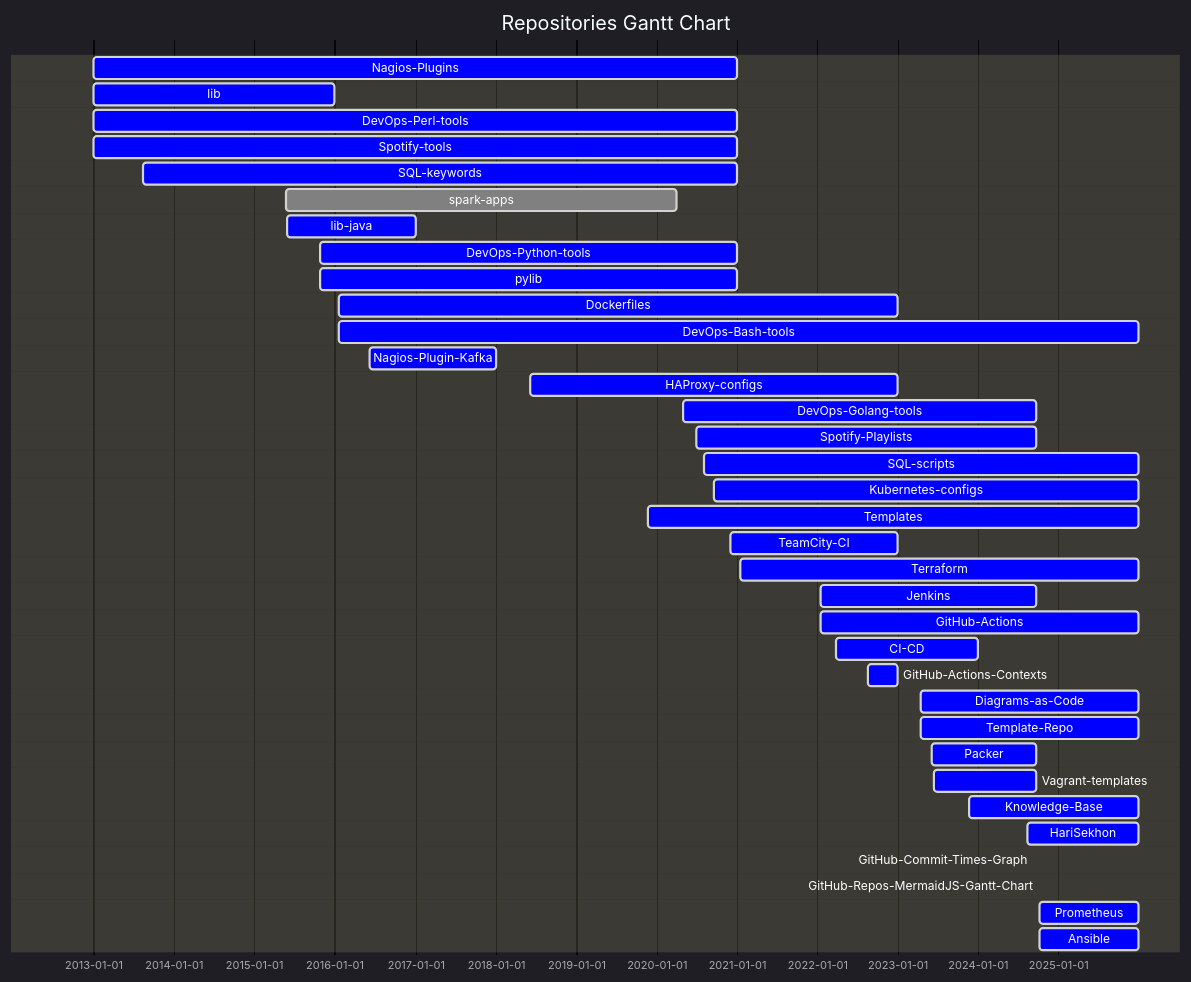
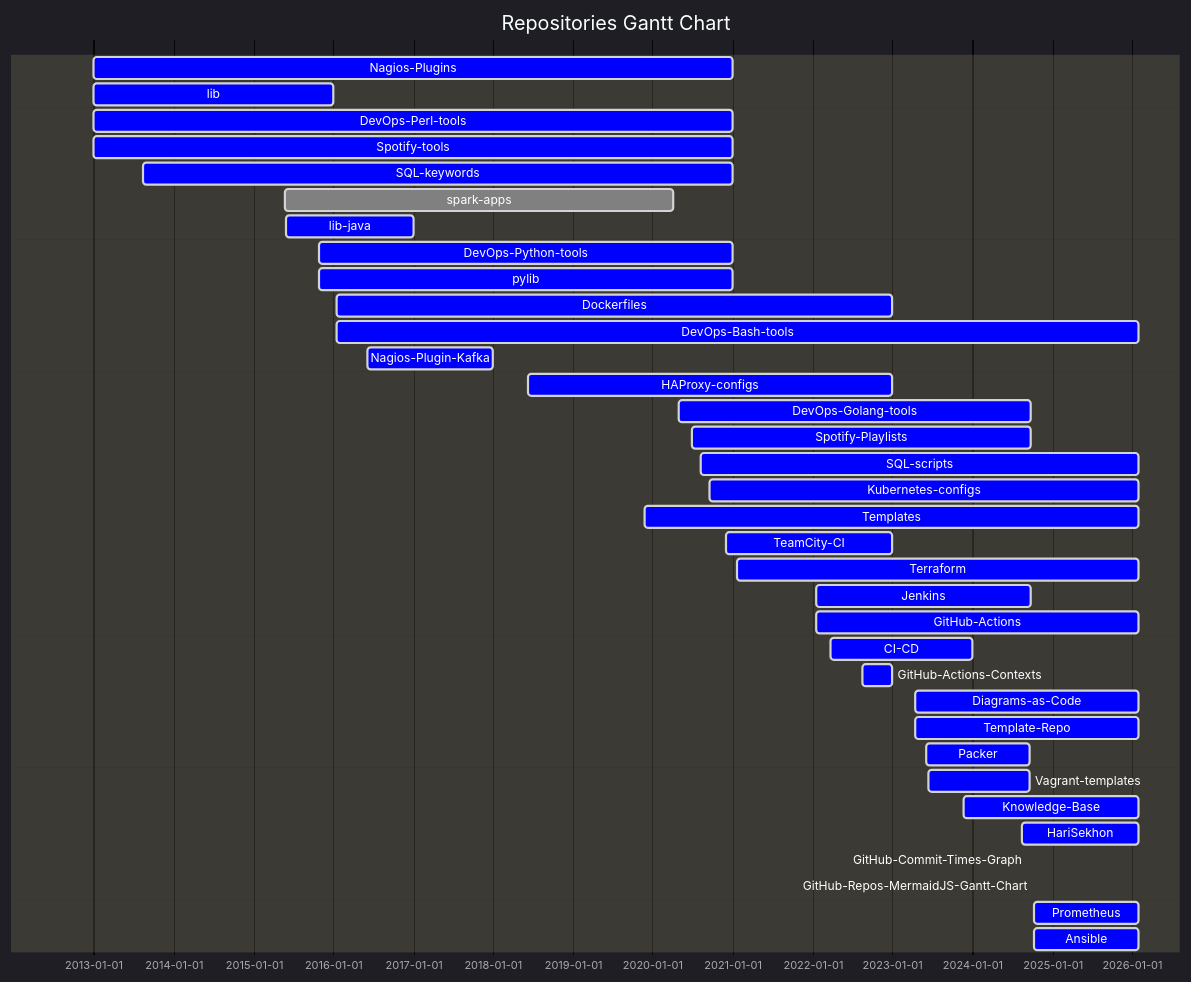
The first of 2 diagrams in README.md (HariSekhon/HariSekhon), drawn with Mermaid before and after one commit. The commit also changed other lines of this file, not shown here.

````diff
--- a/README.md
+++ b/README.md
@@ -1258,58 +1258,58 @@
 ```mermaid
 %%{ init: {
         "topAxis": true,
         "logLevel": "debug",
         'theme': 'dark',
         'themeVariables': {
           'activeTaskBkgColor': '#0000ff',
           'activeTaskBorderColor': 'lightgrey',
           'critBorderColor': 'lightgrey',
           'doneTaskBkgColor': 'grey',
           'doneTaskBorderColor': 'lightgrey',
           'taskBkgColor': 'black',
           'taskBorderColor': 'black',
           'taskTextColor': 'white',
           'taskTextDarkColor': 'white',
           'taskTextLightColor': 'black',
           'todayLineColor': 'red'
         }
     }
 }%%
 gantt
     dateFormat  YYYY-MM-DD
     title Repositories Gantt Chart
     Nagios-Plugins : active, 2012-12-30, 2020-12-31
     lib : active, 2012-12-30, 2015-12-31
     DevOps-Perl-tools : active, 2012-12-30, 2020-12-31
     Spotify-tools : active, 2012-12-30, 2020-12-31
     SQL-keywords : active, 2013-08-13, 2020-12-31
     spark-apps : done, 2015-05-25, 2020-04-02
     lib-java : active, 2015-05-31, 2016-12-31
     DevOps-Python-tools : active, 2015-10-27, 2020-12-31
     pylib : active, 2015-10-27, 2020-12-31
     Dockerfiles : active, 2016-01-17, 2022-12-31
-    DevOps-Bash-tools : active, 2016-01-17, 2025-12-30
+    DevOps-Bash-tools : active, 2016-01-17, 2026-01-30
     Nagios-Plugin-Kafka : active, 2016-06-07, 2017-12-31
     HAProxy-configs : active, 2018-06-08, 2022-12-31
     DevOps-Golang-tools : active, 2020-04-30, 2024-09-22
     Spotify-Playlists : active, 2020-06-29, 2024-09-22
-    SQL-scripts : active, 2020-08-05, 2025-12-30
-    Kubernetes-configs : active, 2020-09-16, 2025-12-30
-    Templates : active, 2019-11-25, 2025-12-30
+    SQL-scripts : active, 2020-08-05, 2026-01-30
+    Kubernetes-configs : active, 2020-09-16, 2026-01-30
+    Templates : active, 2019-11-25, 2026-01-30
     TeamCity-CI : active, 2020-12-03, 2022-12-31
-    Terraform : active, 2021-01-18, 2025-12-30
+    Terraform : active, 2021-01-18, 2026-01-30
     Jenkins : active, 2022-01-17, 2024-09-23
-    GitHub-Actions : active, 2022-01-17, 2025-12-30
+    GitHub-Actions : active, 2022-01-17, 2026-01-30
     CI-CD : active, 2022-03-25, 2023-12-31
     GitHub-Actions-Contexts : active, 2022-08-17, 2022-12-31
-    Diagrams-as-Code : active, 2023-04-14, 2025-12-30
-    Template-Repo : active, 2023-04-15, 2025-12-30
+    Diagrams-as-Code : active, 2023-04-14, 2026-01-30
+    Template-Repo : active, 2023-04-15, 2026-01-30
     Packer : active, 2023-06-02, 2024-09-21
     Vagrant-templates : active, 2023-06-12, 2024-09-21
-    Knowledge-Base : active, 2023-11-22, 2025-12-30
-    HariSekhon : active, 2024-08-14, 2025-12-30
+    Knowledge-Base : active, 2023-11-22, 2026-01-30
+    HariSekhon : active, 2024-08-14, 2026-01-30
     GitHub-Commit-Times-Graph : active, 2024-09-07, 2024-09-08
     GitHub-Repos-MermaidJS-Gantt-Chart : active, 2024-10-02, 2024-10-03
-    Prometheus : active, 2024-10-08, 2025-12-30
-    Ansible : active, 2024-10-08, 2025-12-30
+    Prometheus : active, 2024-10-08, 2026-01-30
+    Ansible : active, 2024-10-08, 2026-01-30
 ```
````
